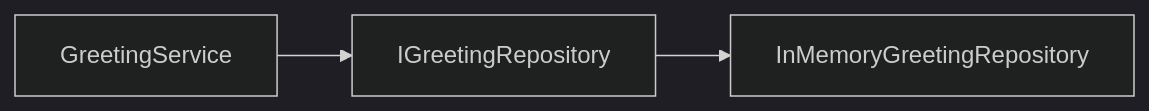
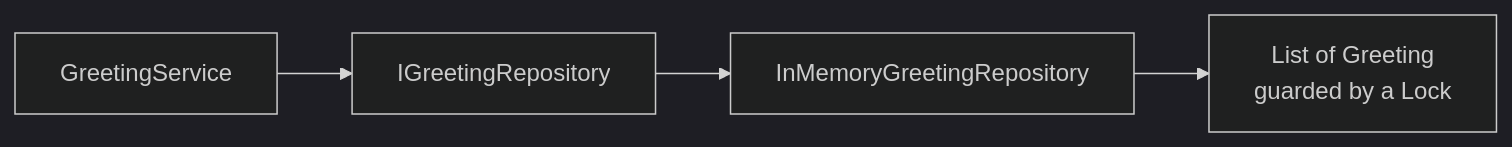
One commit to e128/dotnet-reference changed the second of 3 diagrams in docs/architecture/storage.md. Above: the diagram before and after it, drawn with Mermaid (dark theme). The commit also changed other lines of this file and 20 other files, not shown here.

````diff
--- a/docs/architecture/storage.md
+++ b/docs/architecture/storage.md
@@ -41,5 +43,6 @@
 ```mermaid
 graph LR
   svc["GreetingService"] --> repo["IGreetingRepository"]
   repo --> impl["InMemoryGreetingRepository"]
+  impl --> list["List of Greeting<br/>guarded by a Lock"]
 ```
````
